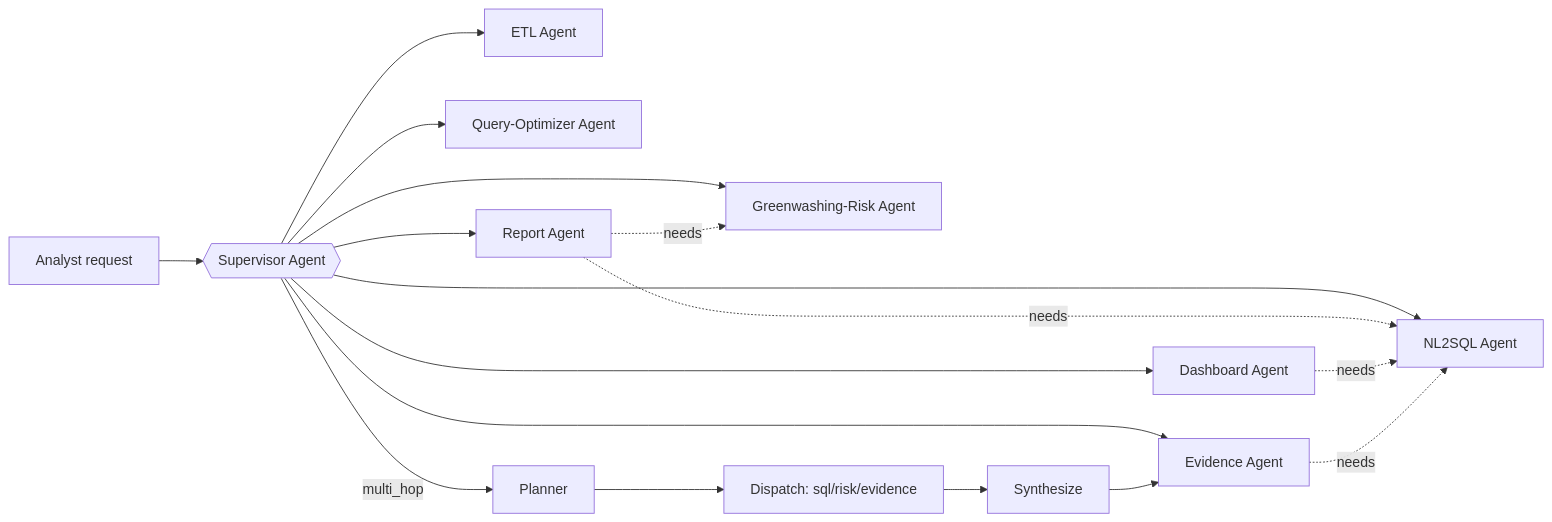
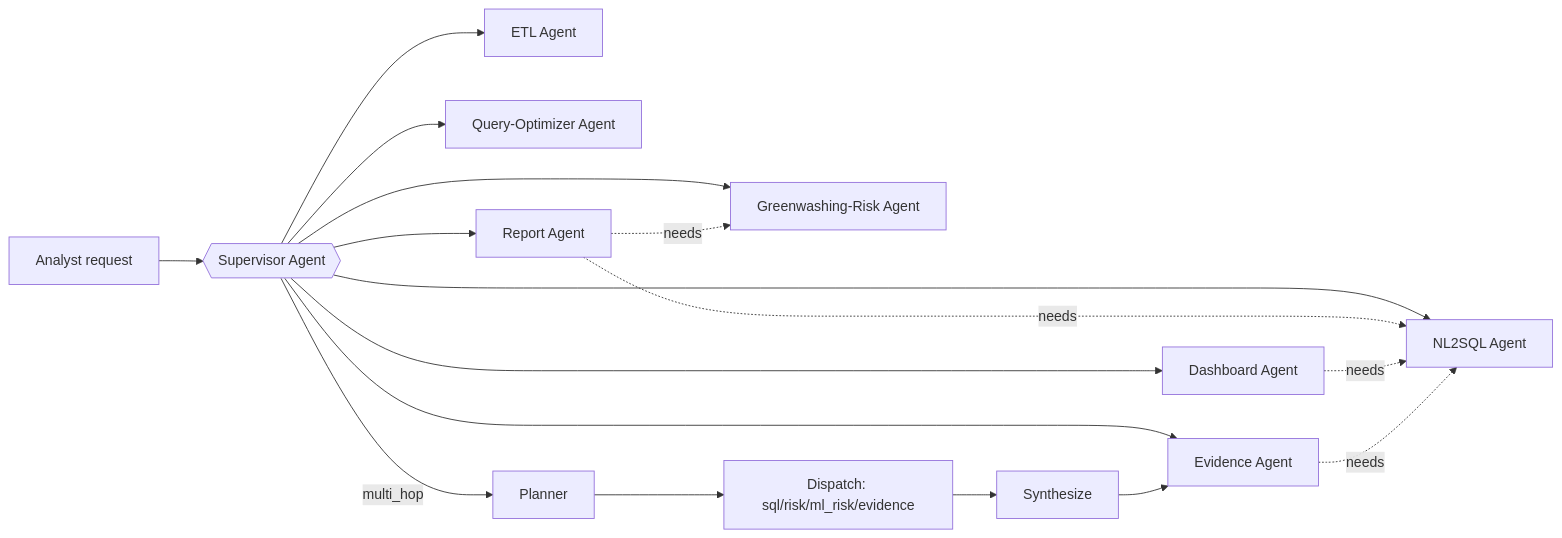
One commit to BDelfanian/greenlux_sentinel changed the diagram in docs/ARCHITECTURE.md. Above: the diagram before and after it, drawn with Mermaid. The commit also changed other lines of this file and 9 other files, not shown here.

First line of the commit message:
Add Phase 9b: wire the ML composition-anomaly signal into multi-hop synthesis

````diff
--- a/docs/ARCHITECTURE.md
+++ b/docs/ARCHITECTURE.md
@@ -13,16 +17,16 @@
 ```mermaid
 flowchart LR
     U[Analyst request] --> SUP{{Supervisor Agent}}
     SUP --> ETL[ETL Agent]
     SUP --> RISK[Greenwashing-Risk Agent]
     SUP --> SQL[NL2SQL Agent]
     SUP --> OPT[Query-Optimizer Agent]
     SUP --> DASH[Dashboard Agent]
     SUP --> REP[Report Agent]
     SUP --> EVID[Evidence Agent]
-    SUP -->|multi_hop| PLAN[Planner] --> DISP[Dispatch: sql/risk/evidence] --> SYN[Synthesize] --> EVID
+    SUP -->|multi_hop| PLAN[Planner] --> DISP[Dispatch: sql/risk/ml_risk/evidence] --> SYN[Synthesize] --> EVID
     REP -.needs.-> RISK
     REP -.needs.-> SQL
     DASH -.needs.-> SQL
     EVID -.needs.-> SQL
 ```
````
